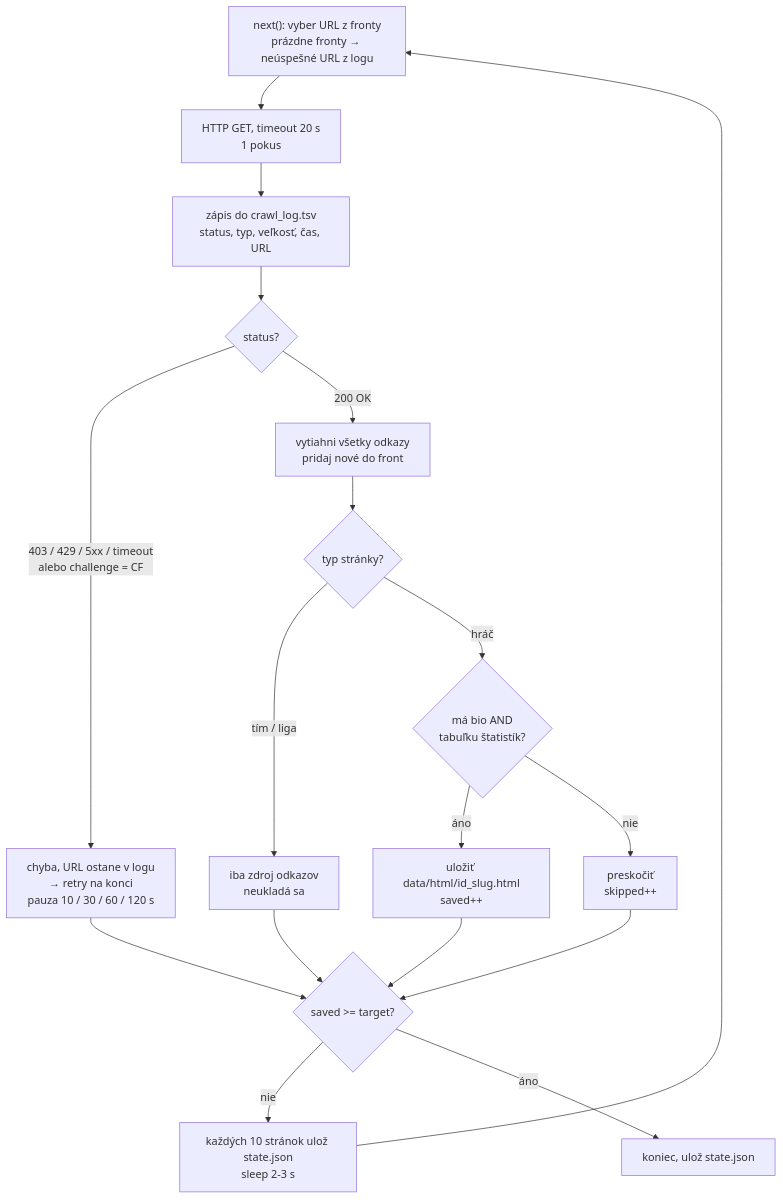
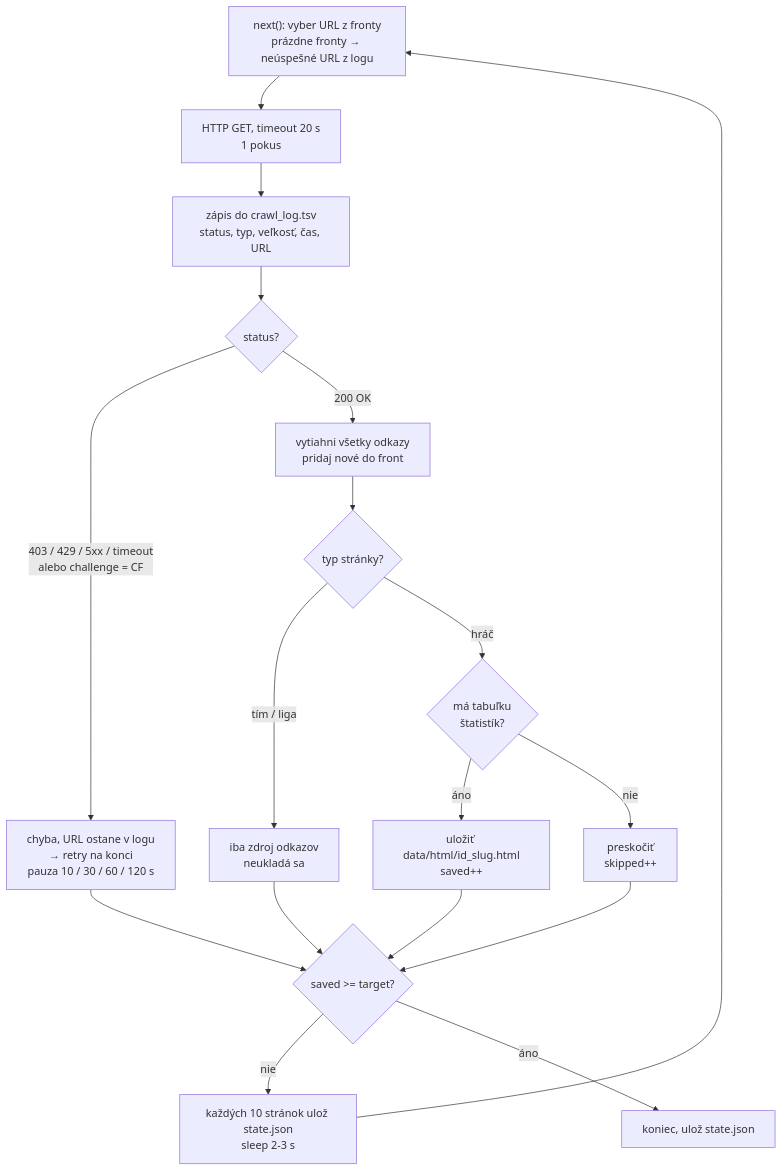
The second of 4 diagrams in diagram.md (MarekPenzes/VINF_Crawler), drawn with Mermaid before and after one commit. The commit also changed other lines of this file and 16 other files, not shown here.

````diff
--- a/diagram.md
+++ b/diagram.md
@@ -35,19 +38,19 @@
 ```mermaid
 flowchart TD
     A["next(): vyber URL z fronty<br/>prázdne fronty → neúspešné URL z logu"] --> C["HTTP GET, timeout 20 s<br/>1 pokus"]
     C --> G["zápis do crawl_log.tsv<br/>status, typ, veľkosť, čas, URL"]
     G --> D{"status?"}
     D -- "403 / 429 / 5xx / timeout<br/>alebo challenge = CF" --> F["chyba, URL ostane v logu<br/>→ retry na konci<br/>pauza 10 / 30 / 60 / 120 s"]
     D -- "200 OK" --> H["vytiahni všetky odkazy<br/>pridaj nové do front"]
     H --> I{"typ stránky?"}
     I -- "tím / liga" --> K["iba zdroj odkazov<br/>neukladá sa"]
-    I -- "hráč" --> J{"má bio AND<br/>tabuľku štatistík?"}
+    I -- "hráč" --> J{"má tabuľku<br/>štatistík?"}
     J -- "áno" --> L["uložiť data/html/id_slug.html<br/>saved++"]
     J -- "nie" --> M["preskočiť<br/>skipped++"]
     L --> N{"saved >= target?"}
     K --> N
     M --> N
     F --> N
     N -- "nie" --> O["každých 10 stránok ulož state.json<br/>sleep 2-3 s"] --> A
     N -- "áno" --> P["koniec, ulož state.json"]
 ```
````
